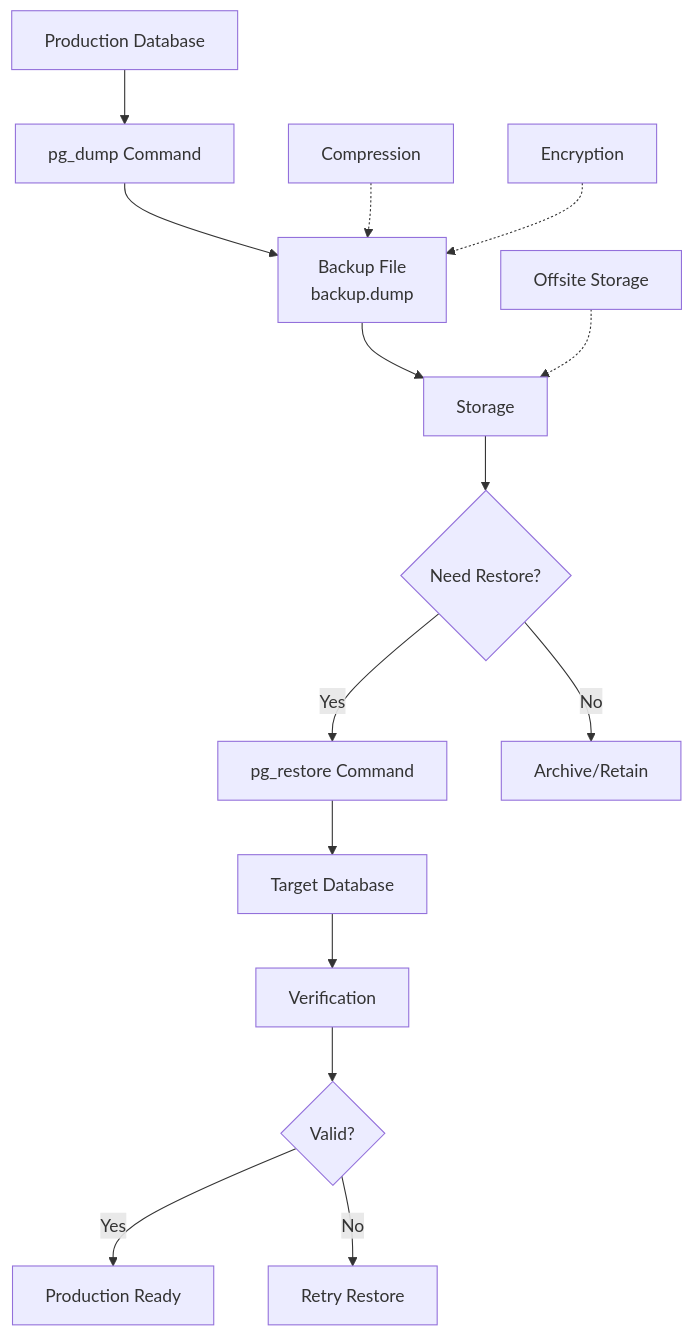
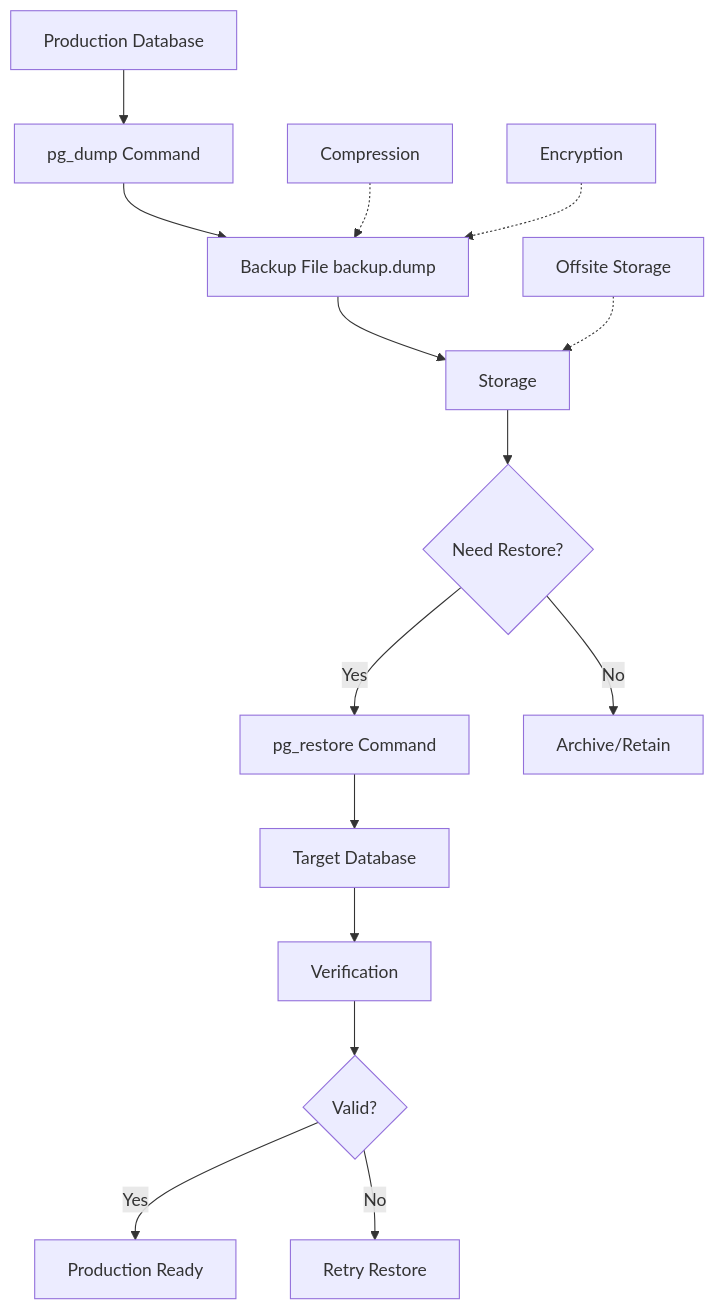
One commit to basharArif/sql-learning-path changed the diagram in practical/2-data-migration-backup-restore.md. Above: the diagram before and after it, drawn with Mermaid. The commit also changed 12 other files, not shown here.

Commit message:
Fix Mermaid diagrams in remaining files: Replace \n with spaces for proper rendering

````diff
--- a/practical/2-data-migration-backup-restore.md
+++ b/practical/2-data-migration-backup-restore.md
@@ -71,18 +71,18 @@
 ```mermaid
 graph TD
     A[Production Database] --> B[pg_dump Command]
-    B --> C[Backup File\nbackup.dump]
+    B --> C[Backup File backup.dump]
     C --> D[Storage]
     D --> E{Need Restore?}
     E -->|Yes| F[pg_restore Command]
     E -->|No| G[Archive/Retain]
     F --> H[Target Database]
     H --> I[Verification]
     I --> J{Valid?}
     J -->|Yes| K[Production Ready]
     J -->|No| L[Retry Restore]
     
     M[Compression] -.-> C
     N[Encryption] -.-> C
     O[Offsite Storage] -.-> D
 ```
````
